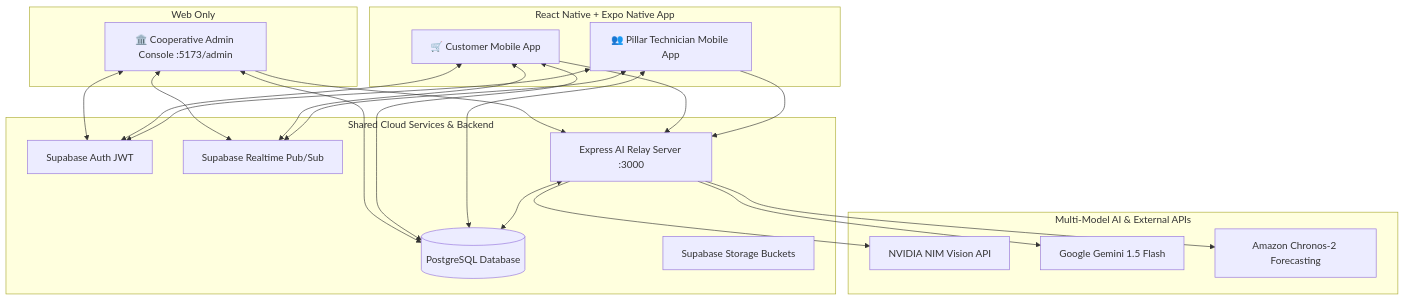
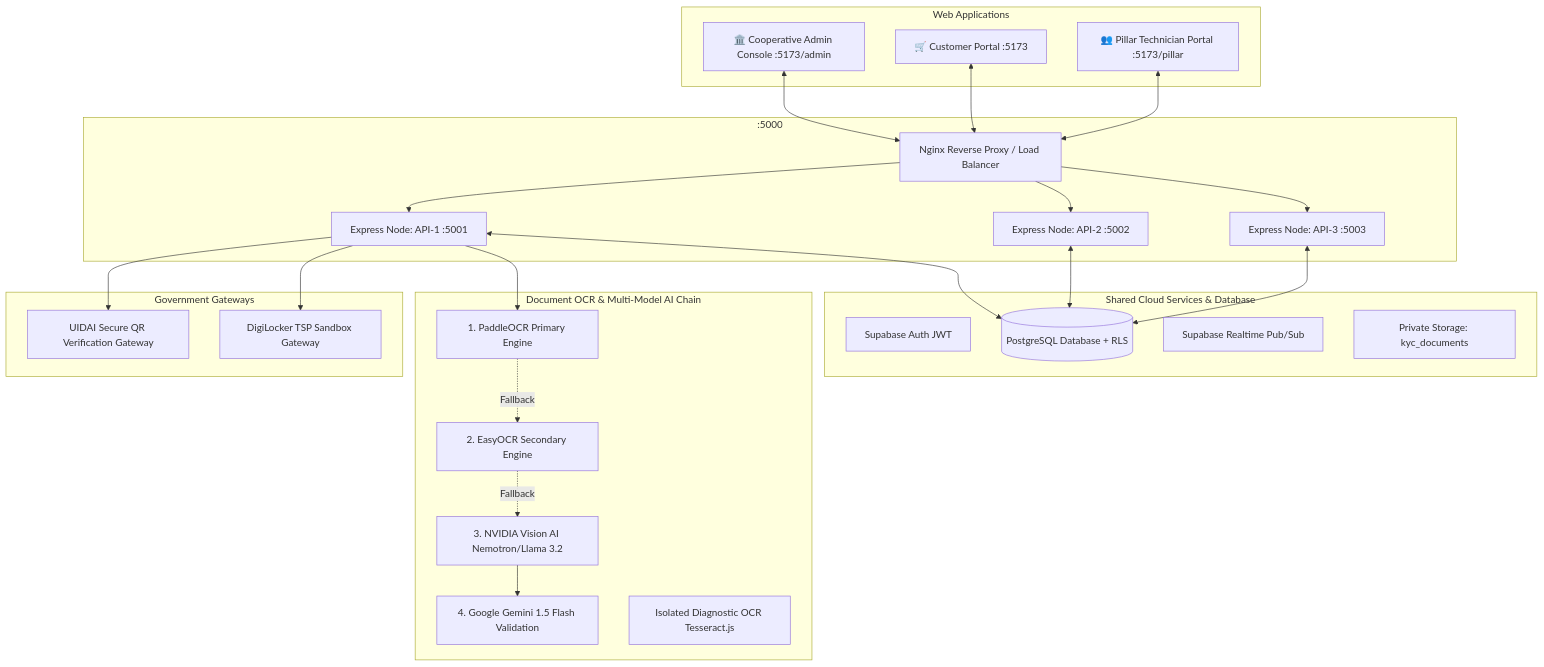
The diagram in README.md (ANUPRIYA2007/coophub), drawn with Mermaid before and after one commit. The commit also changed other lines of this file and 45 other files, not shown here.

Commit message:
feat: authoritative KYC rebuild, explicit OCR provider chain, CI/CD pipelines, high-availability cluster, and master documentation updates

````diff
--- a/README.md
+++ b/README.md
@@ -40,45 +46,55 @@
 ```mermaid
 graph TD
-    subgraph Web Platform [Web Only]
+    subgraph Client Portals [Web Applications]
         AP[🏛️ Cooperative Admin Console :5173/admin]
+        CP[🛒 Customer Portal :5173]
+        PP[👥 Pillar Technician Portal :5173/pillar]
     end
 
-    subgraph Mobile Platform [React Native + Expo Native App]
-        CP[🛒 Customer Mobile App]
-        PP[👥 Pillar Technician Mobile App]
+    subgraph High Availability Load Balancer [:5000]
+        LB[Nginx Reverse Proxy / Load Balancer]
+        API1[Express Node: API-1 :5001]
+        API2[Express Node: API-2 :5002]
+        API3[Express Node: API-3 :5003]
     end
 
-    subgraph Shared Cloud Services & Backend
+    subgraph Shared Cloud Services & Database
         SB_AUTH[Supabase Auth JWT]
-        SB_DB[(PostgreSQL Database)]
+        SB_DB[(PostgreSQL Database + RLS)]
         SB_RT[Supabase Realtime Pub/Sub]
-        SB_STORE[Supabase Storage Buckets]
-        EX_AI[Express AI Relay Server :3000]
+        SB_STORE[Private Storage: kyc_documents]
     end
 
-    subgraph Multi-Model AI & External APIs
-        NV_NIM[NVIDIA NIM Vision API]
-        GO_GEM[Google Gemini 1.5 Flash]
-        CHRONOS[Amazon Chronos-2 Forecasting]
+    subgraph Document OCR & Multi-Model AI Chain
+        PADDLE[1. PaddleOCR Primary Engine]
+        EASY[2. EasyOCR Secondary Engine]
+        NVIDIA[3. NVIDIA Vision AI Nemotron/Llama 3.2]
+        GEMINI[4. Google Gemini 1.5 Flash Validation]
+        TESS[Isolated Diagnostic OCR Tesseract.js]
     end
 
-    AP <--> SB_AUTH
-    AP <--> SB_DB
-    AP <--> SB_RT
-    AP --> EX_AI
+    subgraph Government Gateways
+        UIDAI[UIDAI Secure QR Verification Gateway]
+        DIGI[DigiLocker TSP Sandbox Gateway]
+    end
 
-    CP <--> SB_AUTH
-    CP <--> SB_DB
-    CP <--> SB_RT
-    CP --> EX_AI
+    AP <--> LB
+    CP <--> LB
+    PP <--> LB
 
-    PP <--> SB_AUTH
-    PP <--> SB_DB
-    PP <--> SB_RT
-    PP --> EX_AI
+    LB --> API1
+    LB --> API2
+    LB --> API3
 
-    EX_AI --> NV_NIM
-    EX_AI --> GO_GEM
-    EX_AI --> CHRONOS
-    EX_AI <--> SB_DB
+    API1 <--> SB_DB
+    API2 <--> SB_DB
+    API3 <--> SB_DB
+
+    API1 --> PADDLE
+    PADDLE -. Fallback .-> EASY
+    EASY -. Fallback .-> NVIDIA
+    NVIDIA --> GEMINI
+
+    API1 --> UIDAI
+    API1 --> DIGI
 ```
````
